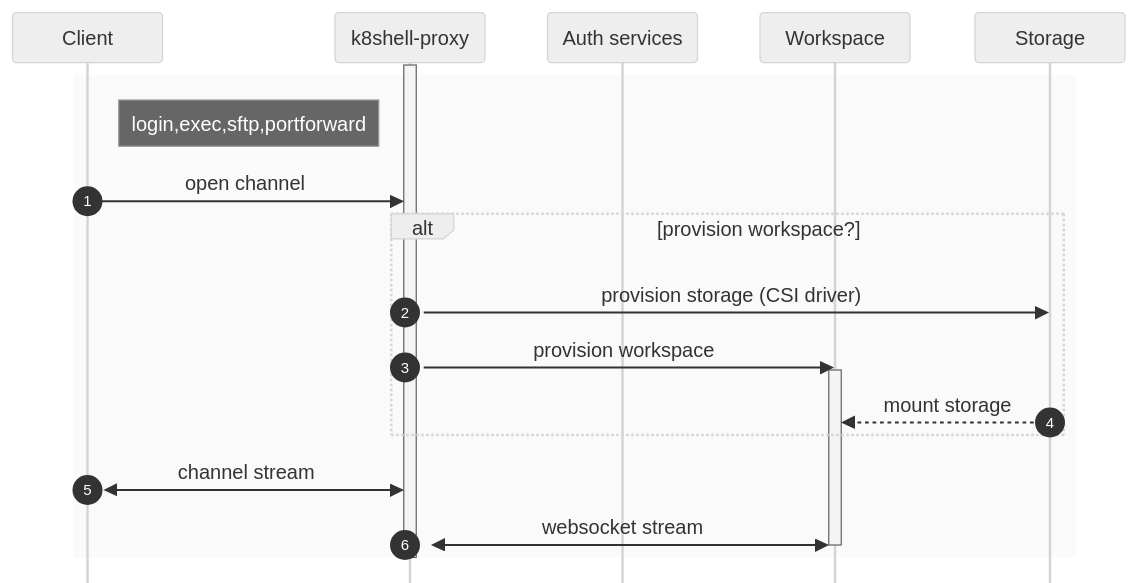
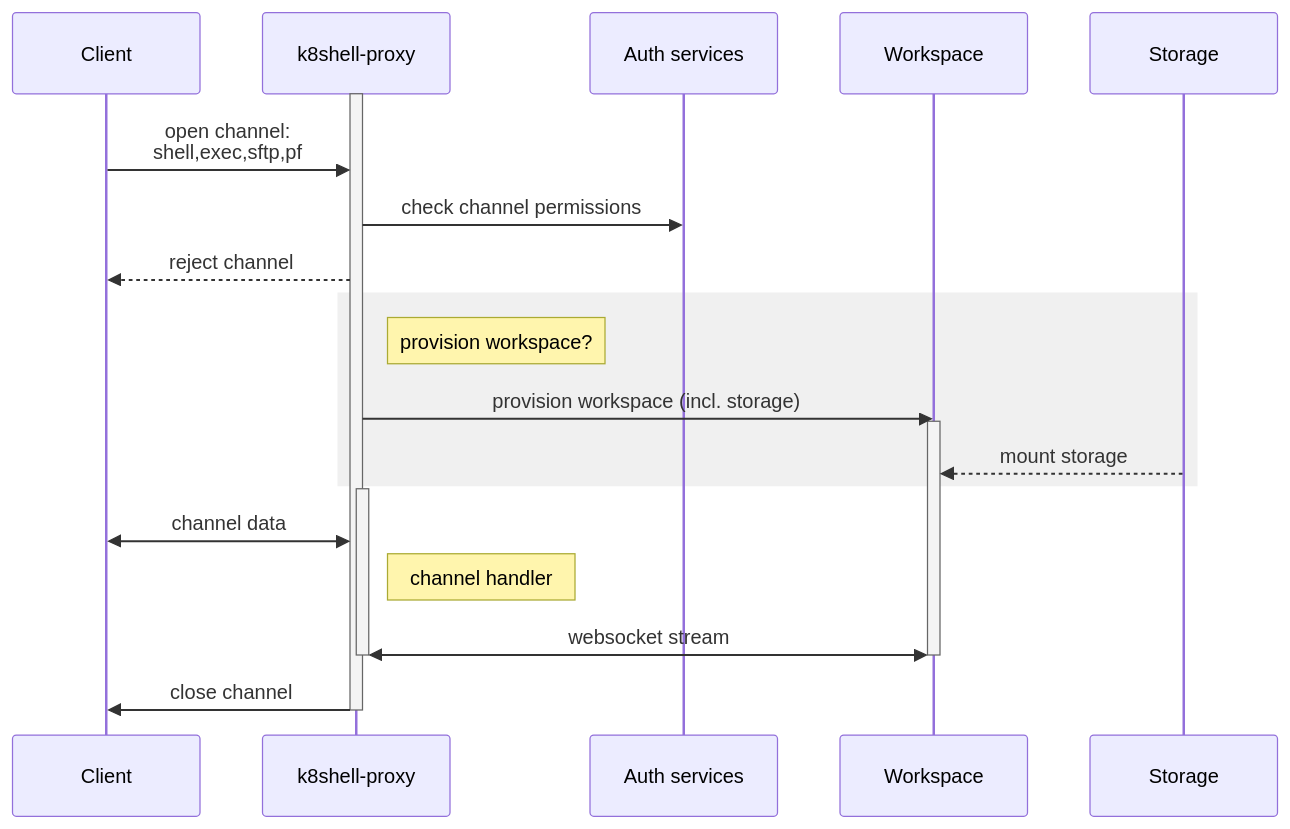
The second of 4 diagrams in architecture/communication.md (k8shell-io/docs), drawn with Mermaid before and after one commit. The commit also changed other lines of this file, not shown here.

````diff
--- a/architecture/communication.md
+++ b/architecture/communication.md
@@ -68,37 +52,27 @@
 ```{mermaid}
-%%{    
-    init: {
-        'theme': 'neutral',
-        'themeVariables': {
-            'fontSize': '40px'
-        },
-        'config': {
-            'mirrorActors': false, 
-            'showSequenceNumbers': true, 
-            'height': 40, 
-            'width': 120,
-            'fontSize': 20
-        }
-  }}%%
+:config: { "theme": "neutral", "mirrorActors": false, "height": 50, "showSequenceNumbers": true, "width": 150, "fontSize": 22 }
 sequenceDiagram
     participant C as Client
     participant S as k8shell-proxy
     participant A as Auth services
     participant W as Workspace
     participant X as Storage
     activate S
-        rect rgb(250, 250, 250)
-        note right of C: login,exec,sftp,portforward
-        C->>S: open channel
-        alt provision workspace?
-            S->>X: provision storage (CSI driver)
-            S->>W: provision workspace
+        C->>S: open channel:<br/>shell,exec,sftp,pf
+        S->>A: check channel permissions
+        S-->>C: reject channel
+        rect rgb(240, 240, 240)
+            note right of S: provision workspace?
+            S->>W: provision workspace (incl. storage)
             activate W
                 X-->>W: mount storage
         end
-        C<<->>S: channel stream
-        S<<->>W: websocket stream
+        activate S
+            C<<->>S: channel data
+            note right of S: channel handler
+            S<<->>W: websocket stream
+        deactivate S
         deactivate W
-        end
+        S->>C: close channel
     deactivate S
 ```
````
